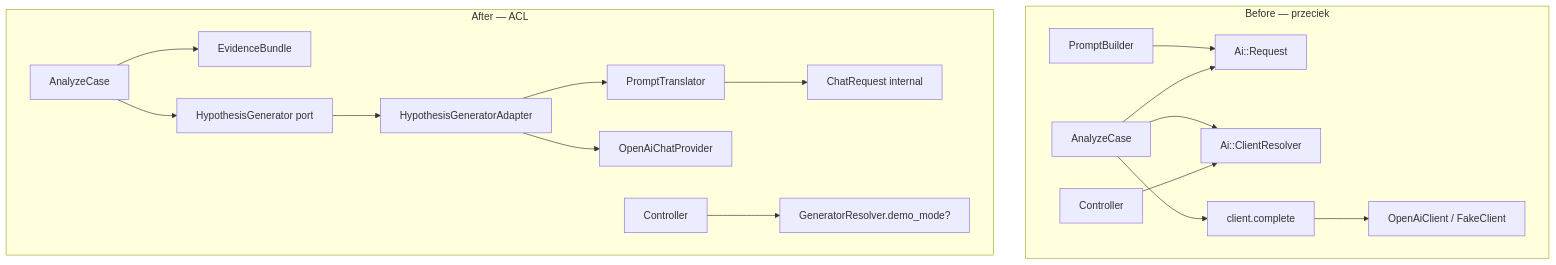
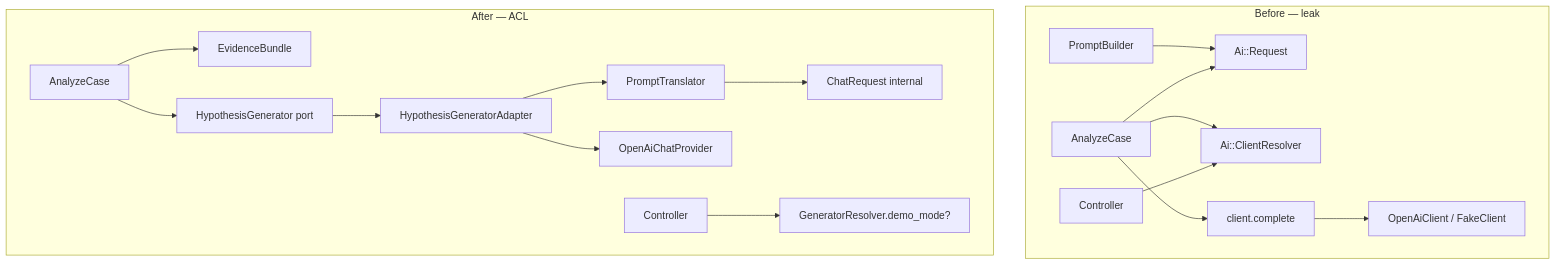
Before and after one commit to szymoniwacz/safelog-ai: the diagram in context/domain/03-anti-corruption-layer.md, drawn with Mermaid. The commit also changed other lines of this file and 12 other files, not shown here.

````diff
--- a/context/domain/03-anti-corruption-layer.md
+++ b/context/domain/03-anti-corruption-layer.md
@@ -488,21 +488,21 @@
 ```mermaid
 flowchart TB
-  subgraph before [Before — przeciek]
+  subgraph before [Before — leak]
     PB1[PromptBuilder] --> AR1[Ai::Request]
     AC1[AnalyzeCase] --> CR1[Ai::ClientResolver]
     AC1 --> AR1
     AC1 --> CC1[client.complete]
     CTRL1[Controller] --> CR1
     CC1 --> OAI1[OpenAiClient / FakeClient]
   end
 
   subgraph after [After — ACL]
     AC2[AnalyzeCase] --> EB[EvidenceBundle]
     AC2 --> PORT[HypothesisGenerator port]
     PORT --> ADAPT[HypothesisGeneratorAdapter]
     ADAPT --> PT[PromptTranslator]
     PT --> CR2[ChatRequest internal]
     ADAPT --> OAI2[OpenAiChatProvider]
     CTRL2[Controller] --> GR[GeneratorResolver.demo_mode?]
   end
 ```
````
